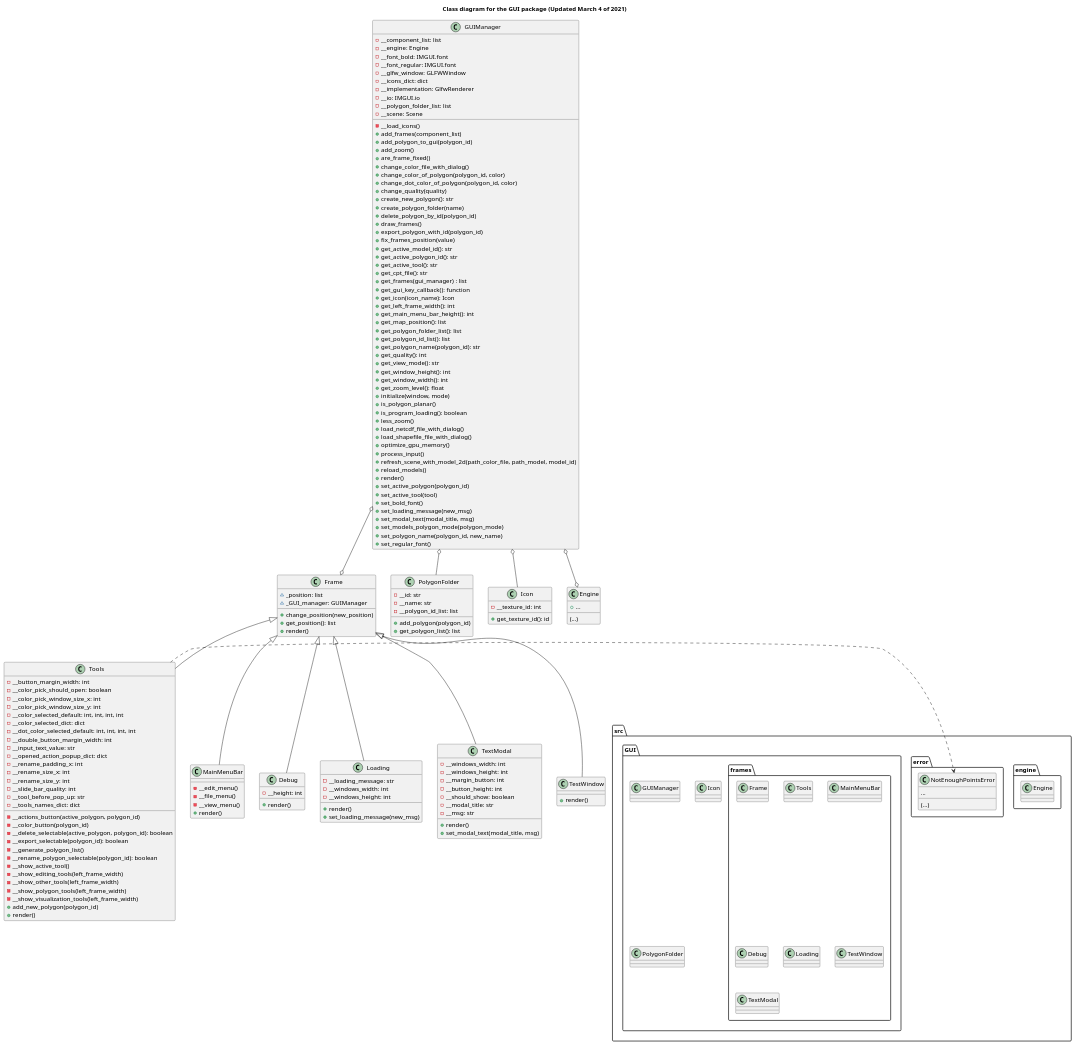
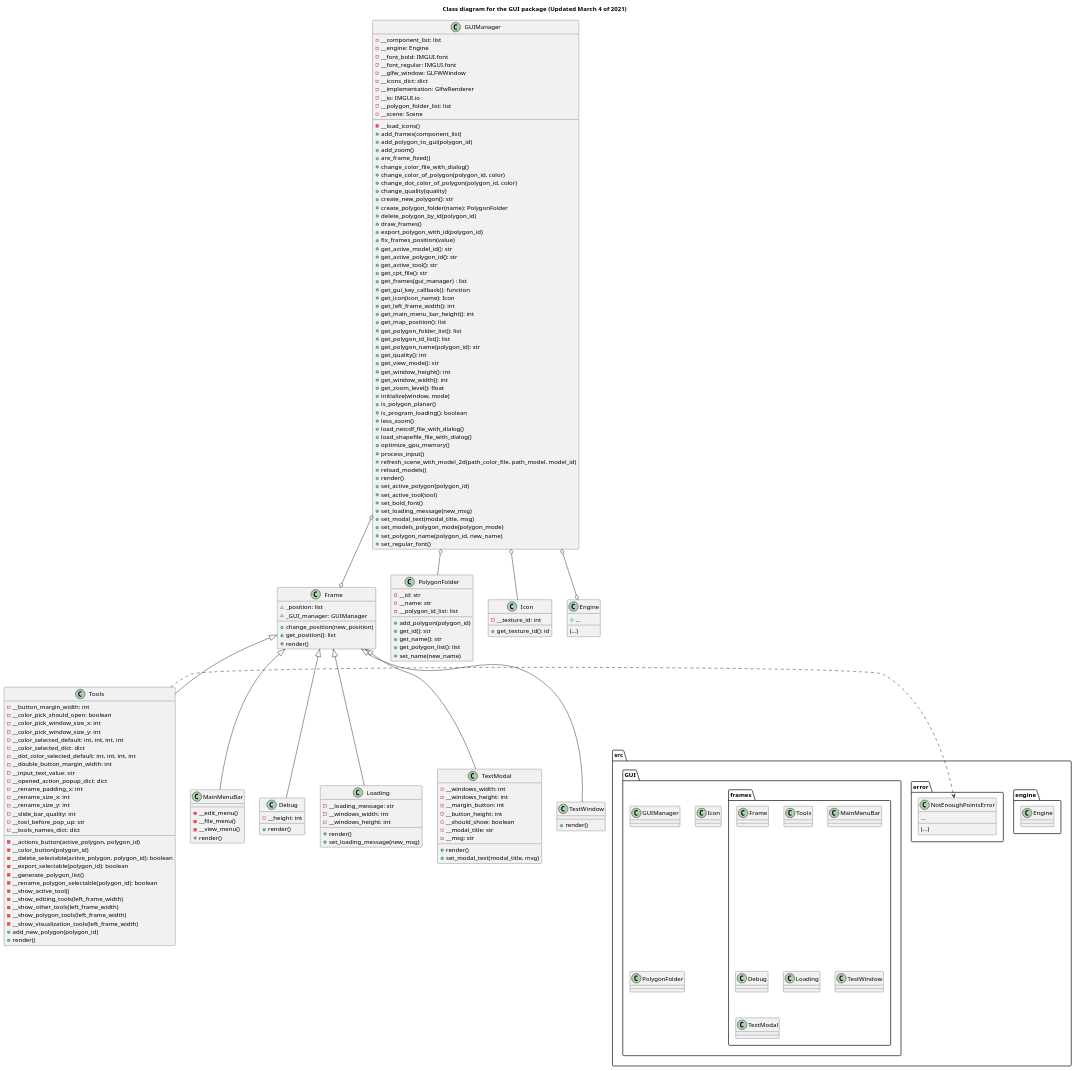
The diagram in docs/gui_package.puml (ferpoble2/Relief_Creator), drawn with PlantUML before and after one commit. The commit also changed 1 other file, not shown here.

Commit message:
Added methods get_name, set_name and get_id to the polygon_folder.py

```diff
--- a/docs/gui_package.puml
+++ b/docs/gui_package.puml
@@ -39,7 +39,10 @@
     - __polygon_id_list: list
 
     + add_polygon(polygon_id)
+    + get_id(): str
+    + get_name(): str
     + get_polygon_list(): list
+    + set_name(new_name)
 }
 
 class GUIManager{
@@ -64,7 +67,7 @@
     + change_dot_color_of_polygon(polygon_id, color)
     + change_quality(quality)
     + create_new_polygon(): str
-    + create_polygon_folder(name)
+    + create_polygon_folder(name): PolygonFolder
     + delete_polygon_by_id(polygon_id)
     + draw_frames()
     + export_polygon_with_id(polygon_id)
```
